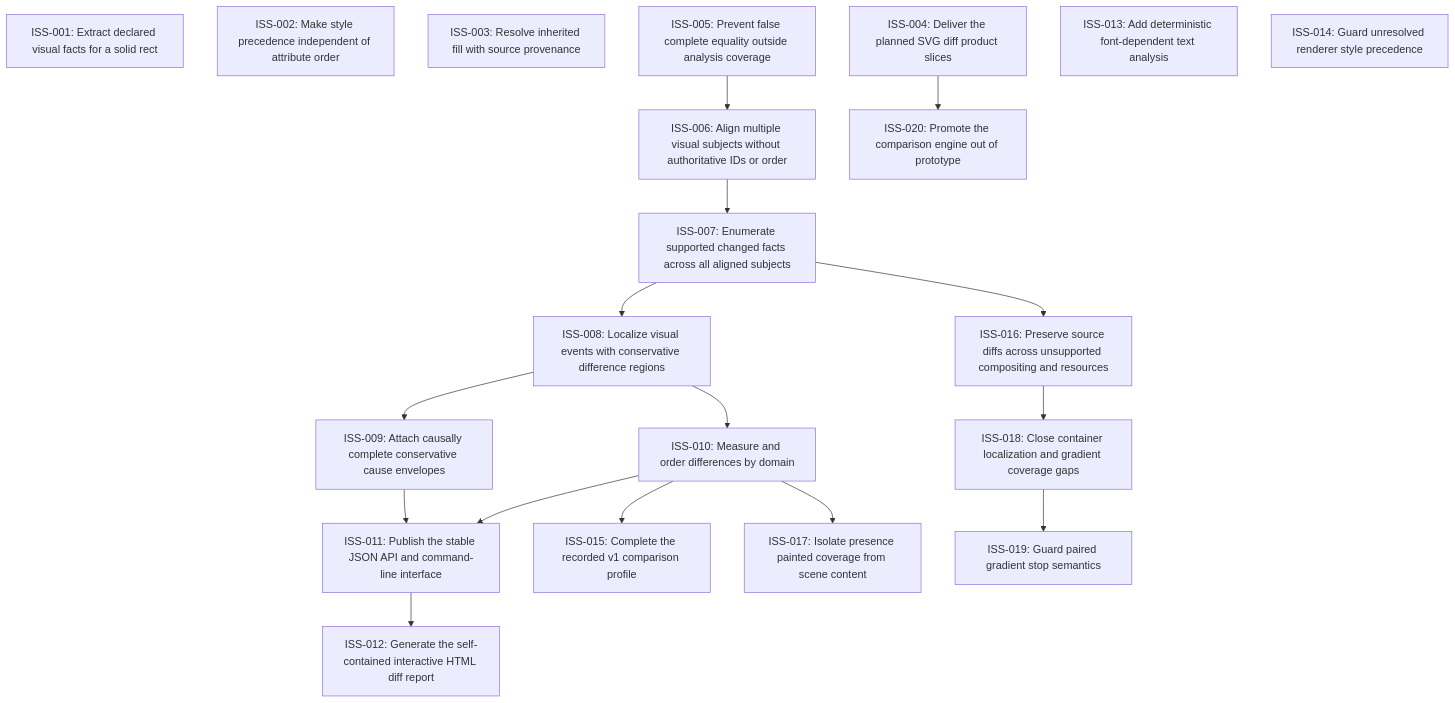
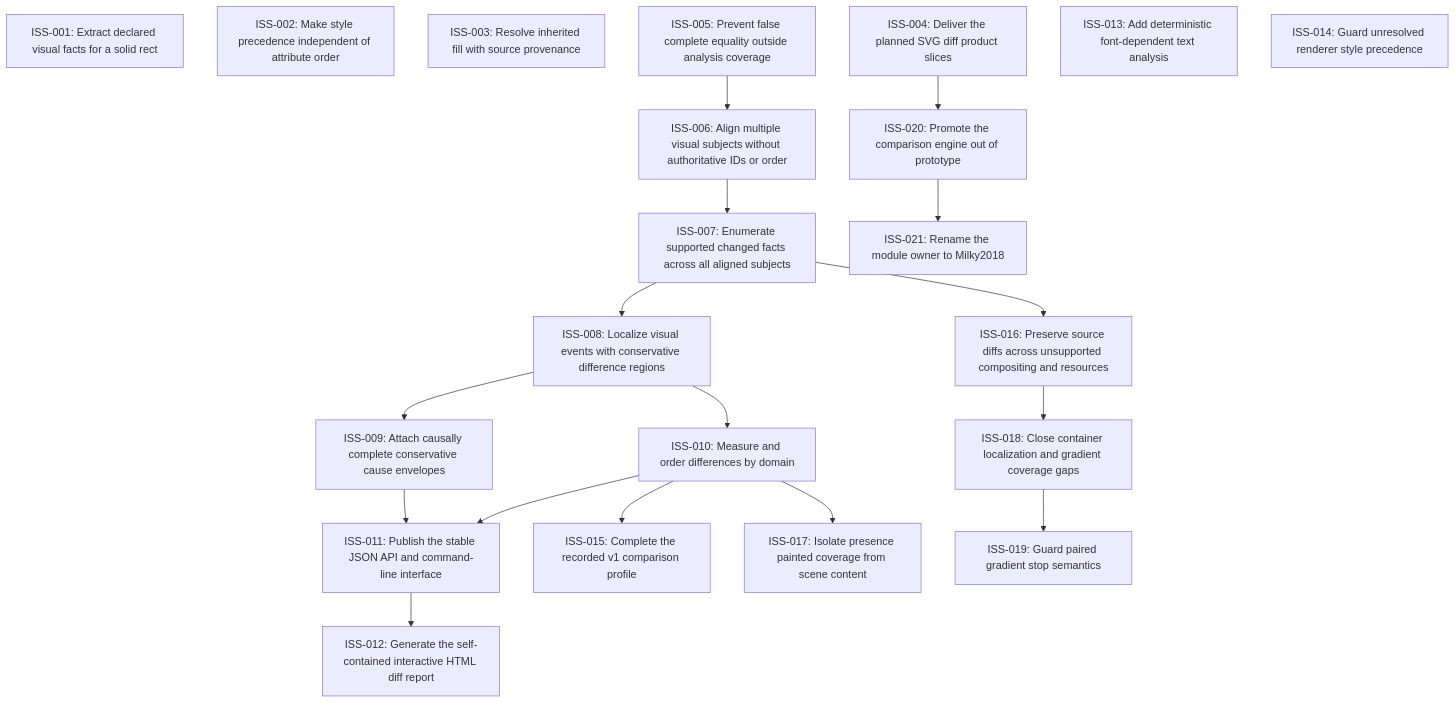
Before and after one commit to moonbit-community/svgdiff: the diagram in issues/README.md, drawn with Mermaid. The commit also changed 11 other files, not shown here.

Commit message:
Rename SVG diff module owner to Milky2018

````diff
--- a/issues/README.md
+++ b/issues/README.md
@@ -18,37 +18,39 @@
 ```mermaid
 graph TD
   ISS_001["ISS-001: Extract declared visual facts for a solid rect"]
   ISS_002["ISS-002: Make style precedence independent of attribute order"]
   ISS_003["ISS-003: Resolve inherited fill with source provenance"]
   ISS_004["ISS-004: Deliver the planned SVG diff product slices"]
   ISS_005["ISS-005: Prevent false complete equality outside analysis coverage"]
   ISS_006["ISS-006: Align multiple visual subjects without authoritative IDs or order"]
   ISS_007["ISS-007: Enumerate supported changed facts across all aligned subjects"]
   ISS_008["ISS-008: Localize visual events with conservative difference regions"]
   ISS_009["ISS-009: Attach causally complete conservative cause envelopes"]
   ISS_010["ISS-010: Measure and order differences by domain"]
   ISS_011["ISS-011: Publish the stable JSON API and command-line interface"]
   ISS_012["ISS-012: Generate the self-contained interactive HTML diff report"]
   ISS_013["ISS-013: Add deterministic font-dependent text analysis"]
   ISS_014["ISS-014: Guard unresolved renderer style precedence"]
   ISS_015["ISS-015: Complete the recorded v1 comparison profile"]
   ISS_016["ISS-016: Preserve source diffs across unsupported compositing and resources"]
   ISS_017["ISS-017: Isolate presence painted coverage from scene content"]
   ISS_018["ISS-018: Close container localization and gradient coverage gaps"]
   ISS_019["ISS-019: Guard paired gradient stop semantics"]
   ISS_020["ISS-020: Promote the comparison engine out of prototype"]
+  ISS_021["ISS-021: Rename the module owner to Milky2018"]
   ISS_005 --> ISS_006
   ISS_006 --> ISS_007
   ISS_007 --> ISS_008
   ISS_008 --> ISS_009
   ISS_008 --> ISS_010
   ISS_009 --> ISS_011
   ISS_010 --> ISS_011
   ISS_011 --> ISS_012
   ISS_010 --> ISS_015
   ISS_007 --> ISS_016
   ISS_010 --> ISS_017
   ISS_016 --> ISS_018
   ISS_018 --> ISS_019
   ISS_004 --> ISS_020
+  ISS_020 --> ISS_021
 ```
````
